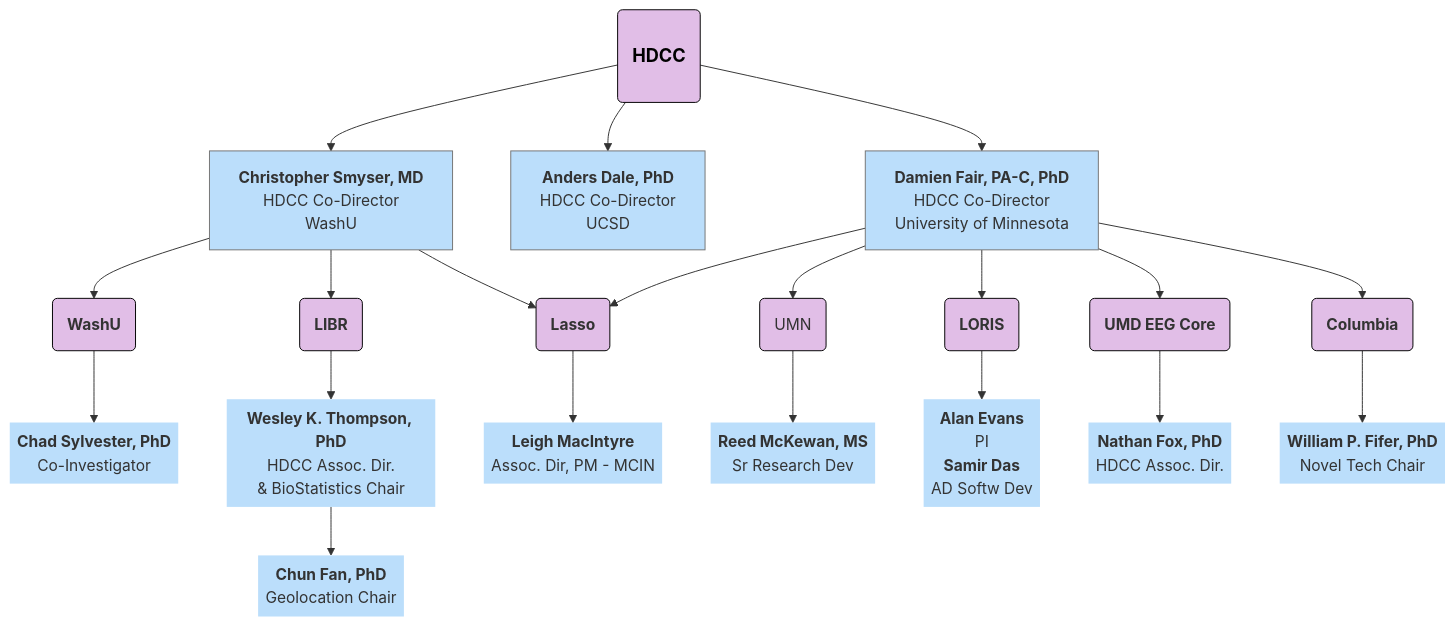
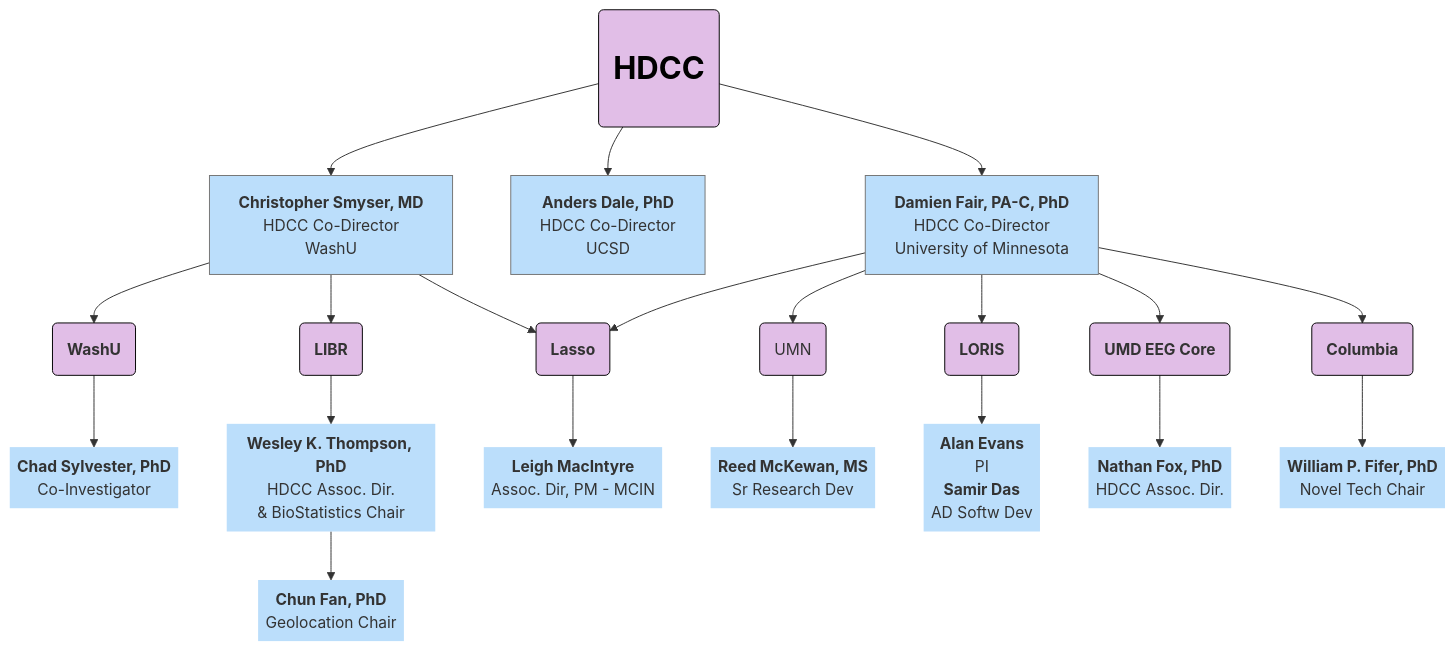
One commit to DCAN-Labs/hbcd-docs-internal changed the second of 10 diagrams in docs/orgcharts.md. Above: the diagram before and after it, drawn with Mermaid.

````diff
--- a/docs/orgcharts.md
+++ b/docs/orgcharts.md
@@ -54,60 +54,60 @@
 ```mermaid
 flowchart TB
     E["<b>Damien Fair, PA-C, PhD</b><br>HDCC Co-Director<br>University of Minnesota"] --> lasso["<b>Lasso</b>"] & umn["UMN"] & n7["<b>LORIS</b>"] & n8["<b>UMD EEG Core</b>"] & n11["<b>Columbia</b>"]
     lasso --> lasso1["<b>Leigh MacIntyre</b><br>Assoc. Dir, PM - MCIN"]
     n1["<b>Christopher Smyser, MD<br></b>HDCC Co-Director<br>WashU"] --> n10["<b>WashU</b><br>"] & n12["<b>LIBR</b>"] & lasso
     n16@{ label: "<span style=\"--tw-scale-x:\"><b>Wesley K. Thompson, PhD<br></b>HDCC Assoc. Dir.<br>&amp; BioStatistics Chair</span><br>" } --> n17@{ label: "<span style=\"color:\"><b>Chun Fan, PhD<br></b></span><span style=\"--tw-scale-x:\">Geolocation Chair</span><br style=\"--tw-scale-x:\">" }
     n12 --> n16
     n11 --> n18@{ label: "<b>William P. Fifer, PhD<br></b><span style=\"--tw-scale-x:\">Novel Tech Chair</span>" }
     n8 --> n19["<b>Nathan Fox, PhD<br></b>HDCC Assoc. Dir."]
     n7 --> n20@{ label: "<b><span style=\"color:\">Alan Evans</span><br style=\"--tw-scale-x:\"></b><span style=\"--tw-scale-x:\">PI</span><br style=\"--tw-scale-x:\"><b><span style=\"color:\">Samir Das</span><br style=\"--tw-scale-x:\"></b><span style=\"--tw-scale-x:\">AD Softw Dev</span>" }
     umn --> reed["<b>Reed McKewan, MS</b><br>Sr Research Dev"]
     n10 --> n22@{ label: "<b><span style=\"color:\">Chad Sylvester, PhD</span><br style=\"--tw-scale-x:\"></b><span style=\"--tw-scale-x:\">Co-Investigator</span>" }
-    n23["<h3>HDCC</h3>"] --> n1 & n2["<b>Anders Dale, PhD<br></b>HDCC Co-Director<br>UCSD"] & E
+    n23["<h1>HDCC</h1>"] --> n1 & n2["<b>Anders Dale, PhD<br></b>HDCC Co-Director<br>UCSD"] & E
 
     E@{ shape: rect}
     lasso@{ shape: rounded}
     umn@{ shape: rounded}
     n7@{ shape: rounded}
     n8@{ shape: rounded}
     n11@{ shape: rounded}
     lasso1@{ shape: text}
     n1@{ shape: rect}
     n10@{ shape: rounded}
     n12@{ shape: rounded}
     n16@{ shape: text}
     n17@{ shape: text}
     n18@{ shape: text}
     n19@{ shape: text}
     n20@{ shape: text}
     reed@{ shape: text}
     n22@{ shape: text}
     n23@{ shape: rounded}
     n2@{ shape: rect}
     style E fill:#BBDEFB,stroke:#757575
     style lasso fill:#E1BEE7,stroke:#000000
     style umn fill:#E1BEE7,stroke:#000000
     style n7 fill:#E1BEE7,stroke:#000000
     style n8 fill:#E1BEE7,stroke:#000000
     style n11 fill:#E1BEE7,stroke:#000000
     style lasso1 fill:#BBDEFB
     style n1 fill:#BBDEFB,stroke:#757575
     style n10 fill:#E1BEE7,stroke:#000000
     style n12 fill:#E1BEE7,stroke:#000000
     style n16 fill:#BBDEFB
     style n17 fill:#BBDEFB
     style n18 fill:#BBDEFB
     style n19 fill:#BBDEFB
     style n20 fill:#BBDEFB
     style reed fill:#BBDEFB
     style n22 fill:#BBDEFB
     style n23 stroke:#000000,fill:#E1BEE7,color:#000000
     style n2 fill:#BBDEFB,stroke:#757575
     click lasso "#lasso"
     click umn "#university-of-minnesota"
     click n7 "#loris"
     click n8 "#umd-eeg-core"
     click n11 "#columbia"
     click n10 "#washu"
     click n2 "#ucsd"
 ```
````
